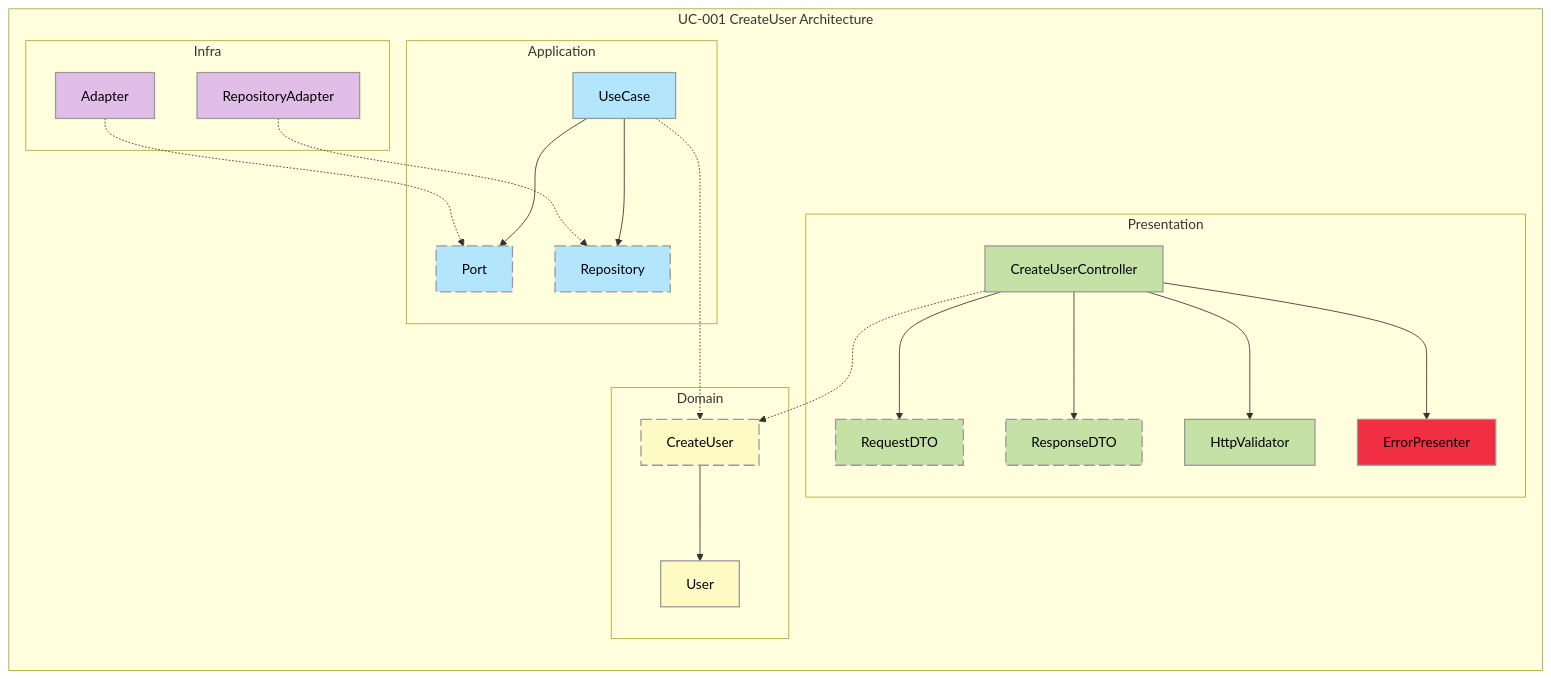
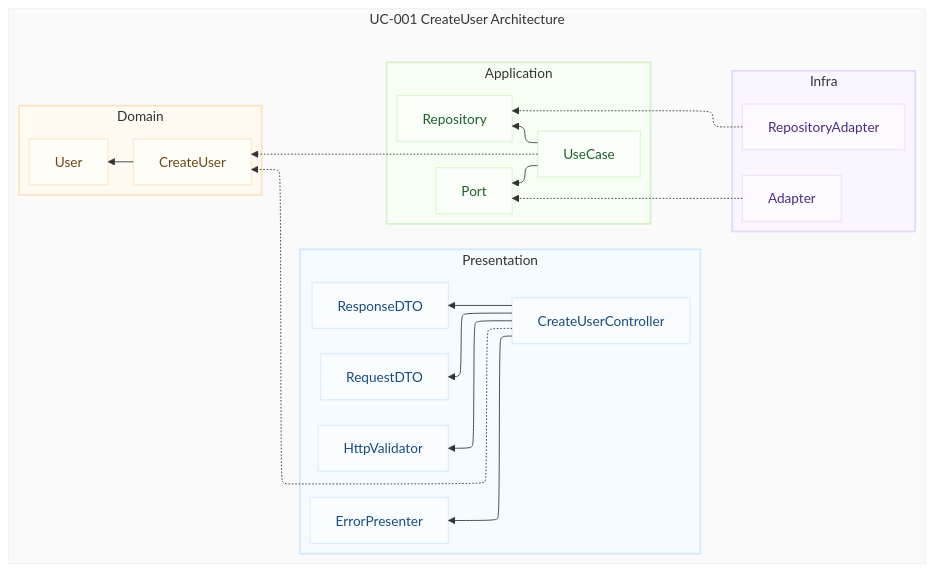
One commit to maurolps/ratemypet changed the diagram in docs/diagrams/backend/UC-001-create-user-architecture.md. Above: the diagram before and after it, drawn with Mermaid.

Commit message:
docs(diagram): update UC001 diagram styling

````diff
--- a/docs/diagrams/backend/UC-001-create-user-architecture.md
+++ b/docs/diagrams/backend/UC-001-create-user-architecture.md
@@ -4,45 +4,61 @@
 ```mermaid
+---
+config:
+  layout: elk
+---
+
 flowchart RL
-   
-classDef main fill:#F8BBD0, color:#000000, stroke:#999999, stroke-width:1.5px;
-classDef presentation fill:#C5E1A5, color:#000000, stroke:#999999, stroke-width:1.5px;
-classDef application fill:#B3E5FC, color:#000000, stroke:#999999, stroke-width:1.5px;
-classDef domain fill:#FFF9C4, color:#000000, stroke:#999999, stroke-width:1.5px;
-classDef infra fill:#E1BEE7, color:#000000, stroke:#999999, stroke-width:1.5px;
-classDef error fill:#F12E42, color:#000000, stroke:#999999, stroke-width:1.5px;
-classDef interface color:#000000, stroke:#fff, stroke-dasharray: 13 5, stroke-width:2px;
 
-  subgraph UC-001 CreateUser Architecture
+  subgraph Architecture[UC-001 CreateUser Architecture]
   
+    %% Presentation
     subgraph Presentation
-      CreateUserController-->RequestDTO:::interface
-      CreateUserController-->ResponseDTO:::interface
-      CreateUserController-->HttpValidator
-      CreateUserController-->ErrorPresenter
+      CreateUserController --> RequestDTO
+      CreateUserController --> ResponseDTO
+      CreateUserController --> HttpValidator
+      CreateUserController --> ErrorPresenter
     end
+
+    %% Infra
     subgraph Infra
       Adapter
       RepositoryAdapter
     end
+
+    %% Application
     subgraph Application
-      UseCase-->Port:::interface 
-      UseCase-->Repository:::interface
-            Adapter-.->Port
-      RepositoryAdapter-.->Repository
+      UseCase --> Port
+      UseCase --> Repository
+      Adapter -.-> Port
+      RepositoryAdapter -.-> Repository
     end
 
+    %% Domain
     subgraph Domain
-      CreateUserController-.->CreateUser
-      UseCase-..->CreateUser
-      CreateUser:::interface --> User
+      CreateUserController -.-> CreateUser
+      UseCase -..-> CreateUser
+      CreateUser --> User
     end
 
-    class App,SignUpRouter,ExpressRouteAdapter,CompositionRoot main;
-    class CreateUserController,RequestDTO,ResponseDTO,HttpValidator presentation;
-    class UseCase,Repository,Port application;
-    class CreateUser,User domain;
-    class Adapter,RepositoryAdapter,JwtAdapter infra;
-    class ErrorPresenter error;
-   
-end
+  end
+
+  %% Panels Styling
+  style Presentation fill:#F5FBFF,stroke:#CFEAFF,stroke-width:2px
+  style Application  fill:#F7FFF4,stroke:#D5F1C9,stroke-width:2px
+  style Domain       fill:#FFFAF2,stroke:#FFE2BC,stroke-width:2px
+  style Infra        fill:#FBF6FF,stroke:#E4D7FF,stroke-width:2px
+  style Architecture fill:#fafafa,stroke:#e3e3e3,stroke-width:0.5px
+
+  %% Classes
+  classDef presentation fill:#FAFDFF,stroke:#DCEEFF,stroke-width:1.5px,color:#184C7E;
+  classDef application  fill:#FAFFFA,stroke:#E0F6D7,stroke-width:1.5px,color:#1E5F28;
+  classDef domain       fill:#FFFDF8,stroke:#FFEAD1,stroke-width:1.5px,color:#6C4A15;
+  classDef infra        fill:#FDFBFF,stroke:#EEE6FF,stroke-width:1.5px,color:#4B2E83;
+
+  %% Apply Classes
+  class CreateUserController,RequestDTO,ResponseDTO,HttpValidator,ErrorPresenter presentation;
+  class Adapter,RepositoryAdapter infra;
+  class UseCase,Port,Repository application;
+  class CreateUser,User domain;
+
 ```
````
